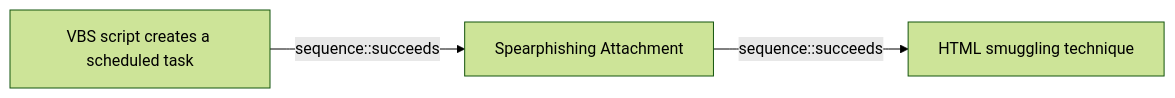
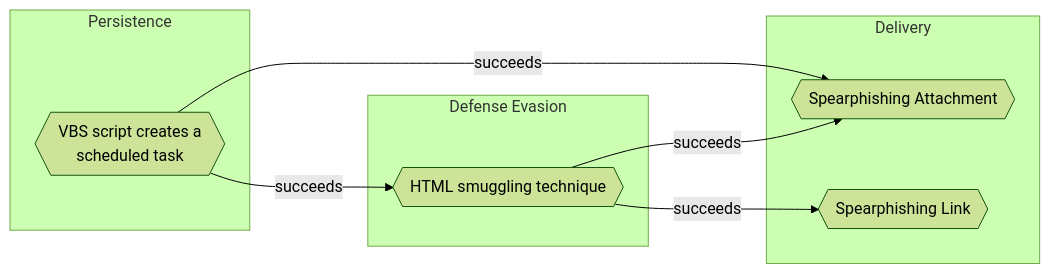
The diagram in docs/threats/vbs-script-creates-a-scheduled-task.md (opentidehq/library), drawn with Mermaid (forest theme) before and after one commit. The commit also changed other lines of this file and 540 other files, not shown here.

````diff
--- a/docs/threats/vbs-script-creates-a-scheduled-task.md
+++ b/docs/threats/vbs-script-creates-a-scheduled-task.md
@@ -156,8 +166,17 @@
 ```mermaid
 flowchart LR
-53ca52ed_a7e7_4094_95ec_b4ef522dc689["VBS script creates a scheduled task"]
-dd5d942c_bac4_4000_b9a6_ca4fef6cfb84["Spearphishing Attachment"]
-c7ed4fad_a58f_47da_9938_4a673526b3f4["HTML smuggling technique"]
-53ca52ed_a7e7_4094_95ec_b4ef522dc689 -->|sequence::succeeds| dd5d942c_bac4_4000_b9a6_ca4fef6cfb84
-dd5d942c_bac4_4000_b9a6_ca4fef6cfb84 -->|sequence::succeeds| c7ed4fad_a58f_47da_9938_4a673526b3f4
+subgraph "Persistence"
+53ca52ed_a7e7_4094_95ec_b4ef522dc689{{"VBS script creates a<br>scheduled task"}}
+end
+subgraph "Delivery"
+dd5d942c_bac4_4000_b9a6_ca4fef6cfb84{{"Spearphishing Attachment"}}
+1a68b5eb_0112_424d_a21f_88dda0b6b8df{{"Spearphishing Link"}}
+end
+subgraph "Defense Evasion"
+c7ed4fad_a58f_47da_9938_4a673526b3f4{{"HTML smuggling technique"}}
+end
+53ca52ed_a7e7_4094_95ec_b4ef522dc689 -->|succeeds| dd5d942c_bac4_4000_b9a6_ca4fef6cfb84
+53ca52ed_a7e7_4094_95ec_b4ef522dc689 -->|succeeds| c7ed4fad_a58f_47da_9938_4a673526b3f4
+c7ed4fad_a58f_47da_9938_4a673526b3f4 -->|succeeds| 1a68b5eb_0112_424d_a21f_88dda0b6b8df
+c7ed4fad_a58f_47da_9938_4a673526b3f4 -->|succeeds| dd5d942c_bac4_4000_b9a6_ca4fef6cfb84
 ```
````
